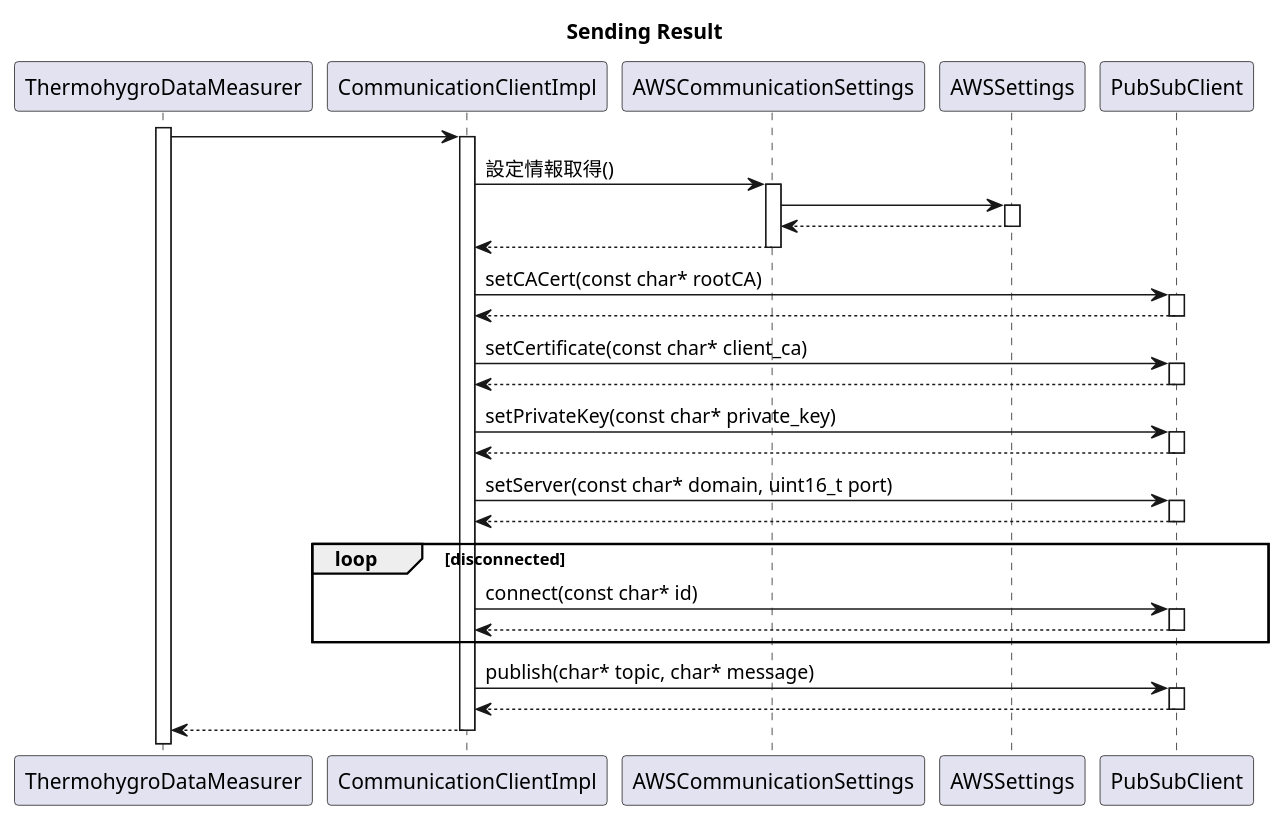
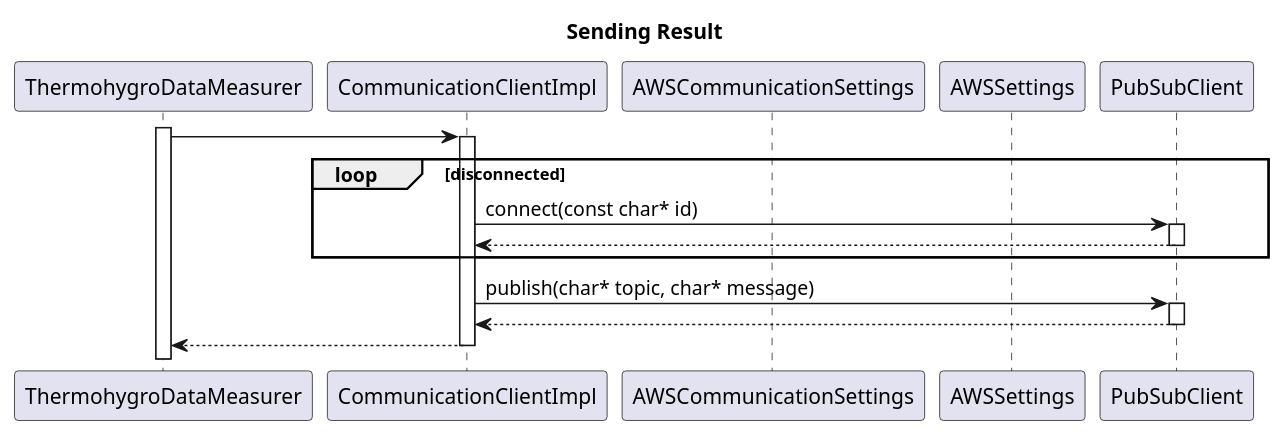
The diagram in DesignDocs/M5StackThermohygrometer/sequence_diagram_sending_result.pu (chukeblo/thermohygrometer), drawn with PlantUML before and after one commit. The commit also changed 1 other file, not shown here.

```diff
--- a/DesignDocs/M5StackThermohygrometer/sequence_diagram_sending_result.pu
+++ b/DesignDocs/M5StackThermohygrometer/sequence_diagram_sending_result.pu
@@ -1,42 +1,24 @@
 @startuml Sending Result
 title Sending Result
 
 participant ThermohygroDataMeasurer
 participant CommunicationClientImpl
 participant AWSCommunicationSettings
 participant AWSSettings
 participant PubSubClient
 
 activate ThermohygroDataMeasurer
 ThermohygroDataMeasurer -> CommunicationClientImpl
 activate CommunicationClientImpl
-CommunicationClientImpl -> AWSCommunicationSettings: 設定情報取得()
-activate AWSCommunicationSettings
-AWSCommunicationSettings -> AWSSettings
-activate AWSSettings
-return
-return
-CommunicationClientImpl -> PubSubClient: setCACert(const char* rootCA)
-activate PubSubClient
-return
-CommunicationClientImpl -> PubSubClient: setCertificate(const char* client_ca)
-activate PubSubClient
-return
-CommunicationClientImpl -> PubSubClient: setPrivateKey(const char* private_key)
-activate PubSubClient
-return
-CommunicationClientImpl -> PubSubClient: setServer(const char* domain, uint16_t port)
-activate PubSubClient
-return
 
 loop disconnected
     CommunicationClientImpl -> PubSubClient: connect(const char* id)
     activate PubSubClient
     return
 end
 CommunicationClientImpl -> PubSubClient: publish(char* topic, char* message)
 activate PubSubClient
 return
 return
 
 @enduml
```
